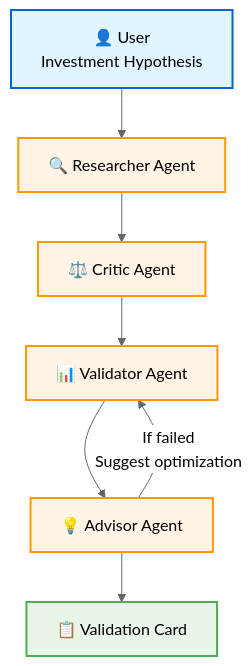
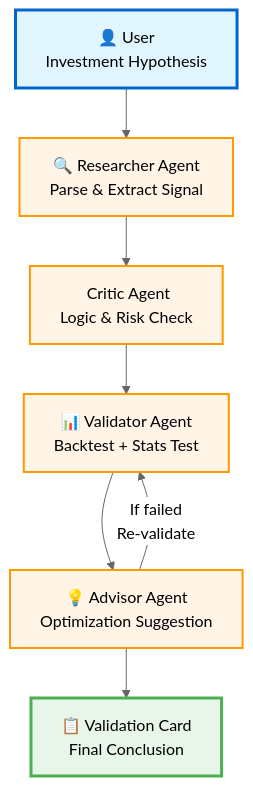
One commit to YutongXu243/AlphaPilot changed the first of 2 diagrams in README.md. Above: the diagram before and after it, drawn with Mermaid (neutral theme). The commit also changed other lines of this file and 3 other files, not shown here.

````diff
--- a/README.md
+++ b/README.md
@@ -20,16 +13,16 @@
 ```mermaid
 flowchart TD
-    U[👤 User<br/>Investment Hypothesis] --> R[🔍 Researcher Agent]
-    R --> C[⚖️ Critic Agent]
-    C --> V[📊 Validator Agent]
-    V --> A[💡 Advisor Agent]
-    A --> VC[📋 Validation Card]
-    A -->|If failed<br/>Suggest optimization| V
+    U[👤 User<br/>Investment Hypothesis] --> R[🔍 Researcher Agent<br/>Parse & Extract Signal]
+    R --> C[️ Critic Agent<br/>Logic & Risk Check]
+    C --> V[📊 Validator Agent<br/>Backtest + Stats Test]
+    V --> A[💡 Advisor Agent<br/>Optimization Suggestion]
+    A --> VC[📋 Validation Card<br/>Final Conclusion]
+    A -->|If failed<br/>Re-validate| V
     
-    style U fill:#e1f5ff,stroke:#0066cc,stroke-width:2px
+    style U fill:#e1f5ff,stroke:#0066cc,stroke-width:3px
     style R fill:#fff4e6,stroke:#ff9900,stroke-width:2px
     style C fill:#fff4e6,stroke:#ff9900,stroke-width:2px
     style V fill:#fff4e6,stroke:#ff9900,stroke-width:2px
     style A fill:#fff4e6,stroke:#ff9900,stroke-width:2px
-    style VC fill:#e8f5e9,stroke:#4caf50,stroke-width:2px
+    style VC fill:#e8f5e9,stroke:#4caf50,stroke-width:3px
 ```
````
